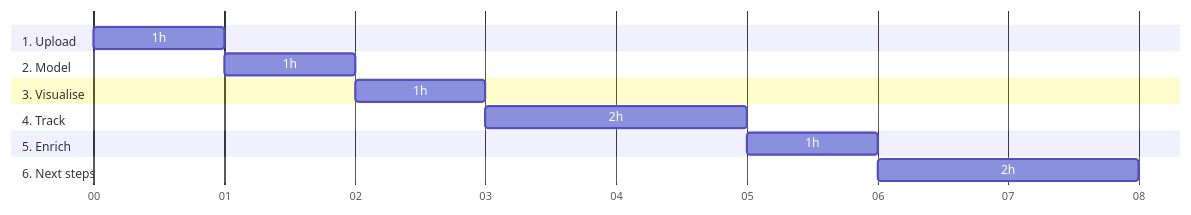
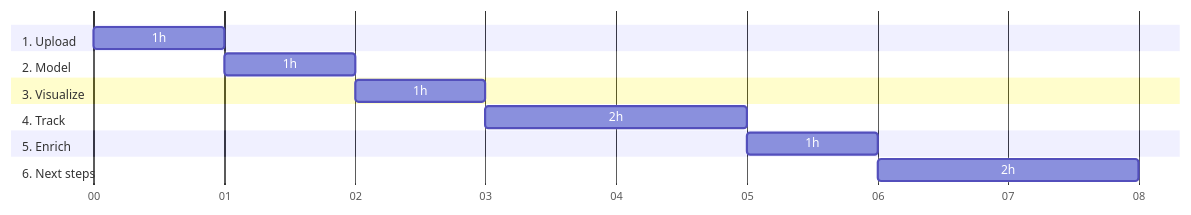
One commit to snowplow/advanced-analytics-web-accelerator changed the diagram in content/_index.md. Above: the diagram before and after it, drawn with Mermaid. The commit also changed other lines of this file and 18 other files, not shown here.

```diff
--- a/content/_index.md
+++ b/content/_index.md
@@ -41,18 +41,18 @@
 {{<mermaid>}}
 gantt
         dateFormat  HH-mm
         axisFormat %M
         section 1. Upload
         1h          :upload, 00-00, 1m
         section 2. Model
         1h          :model, after upload, 1m
-        section 3. Visualise
-        1h          :visualise, after model, 1m
+        section 3. Visualize
+        1h          :visualize, after model, 1m
         section 4. Track
-        2h          :track, after visualise, 2m
+        2h          :track, after visualize, 2m
         section 5. Enrich
         1h          :enrich, after track, 1m
         section 6. Next steps
         2h          :next steps, after enrich, 2m
 
 {{</mermaid >}}
```
